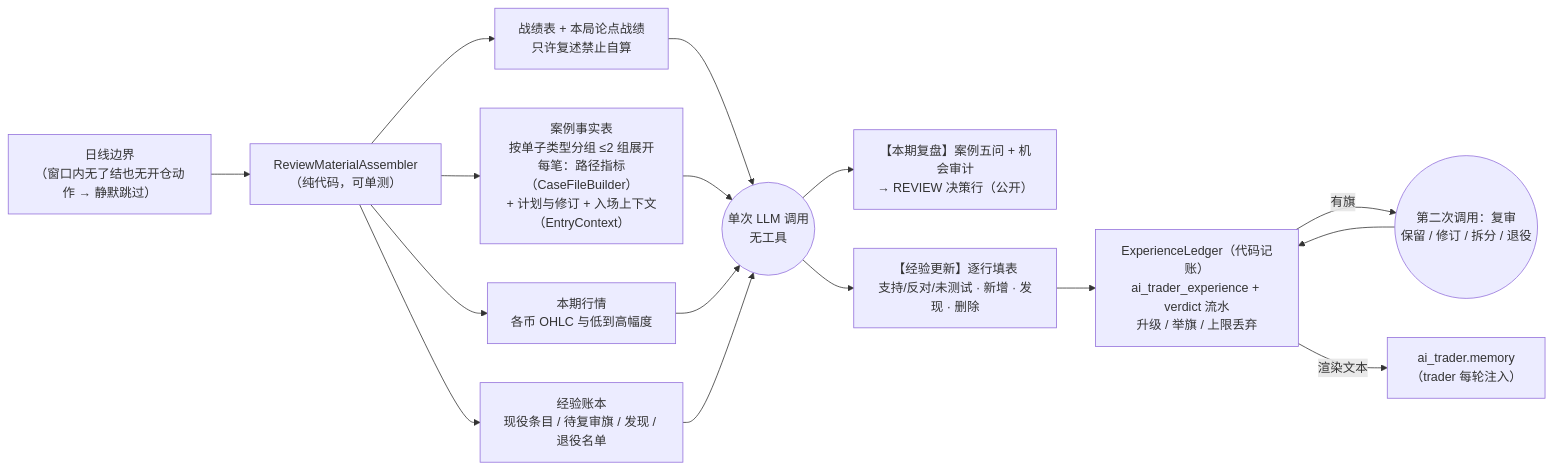
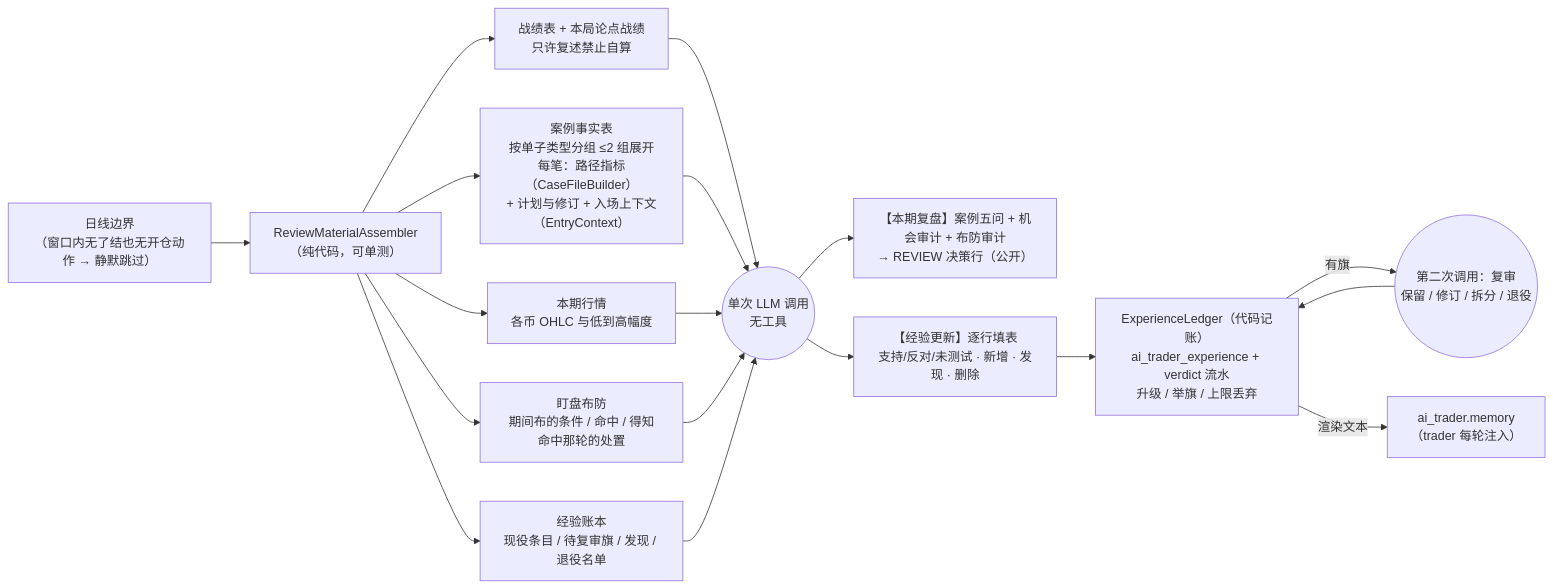
The third of 5 diagrams in docs/agent-harness/architecture.md (mamawai/wtfibought), drawn with Mermaid before and after one commit. The commit also changed other lines of this file and 30 other files, not shown here.

````diff
--- a/docs/agent-harness/architecture.md
+++ b/docs/agent-harness/architecture.md
@@ -89,15 +89,16 @@
 ```mermaid
 flowchart LR
     B["日线边界<br/>（窗口内无了结也无开仓动作 → 静默跳过）"] --> RMA["ReviewMaterialAssembler<br/>（纯代码，可单测）"]
     RMA --> F1["战绩表 + 本局论点战绩<br/>只许复述禁止自算"]
     RMA --> F2["案例事实表<br/>按单子类型分组 ≤2 组展开<br/>每笔：路径指标（CaseFileBuilder）<br/>+ 计划与修订 + 入场上下文（EntryContext）"]
     RMA --> F3["本期行情<br/>各币 OHLC 与低到高幅度"]
+    RMA --> F5["盯盘布防<br/>期间布的条件 / 命中 / 得知命中那轮的处置"]
     RMA --> F4["经验账本<br/>现役条目 / 待复审旗 / 发现 / 退役名单"]
-    F1 & F2 & F3 & F4 --> LLM(("单次 LLM 调用<br/>无工具"))
-    LLM --> P1["【本期复盘】案例五问 + 机会审计<br/>→ REVIEW 决策行（公开）"]
+    F1 & F2 & F3 & F5 & F4 --> LLM(("单次 LLM 调用<br/>无工具"))
+    LLM --> P1["【本期复盘】案例五问 + 机会审计 + 布防审计<br/>→ REVIEW 决策行（公开）"]
     LLM --> P2["【经验更新】逐行填表<br/>支持/反对/未测试 · 新增 · 发现 · 删除"]
     P2 --> LED["ExperienceLedger（代码记账）<br/>ai_trader_experience + verdict 流水<br/>升级 / 举旗 / 上限丢弃"]
     LED -->|"有旗"| AUD(("第二次调用：复审<br/>保留 / 修订 / 拆分 / 退役"))
     AUD --> LED
     LED -->|"渲染文本"| MEM["ai_trader.memory<br/>（trader 每轮注入）"]
 ```
````
